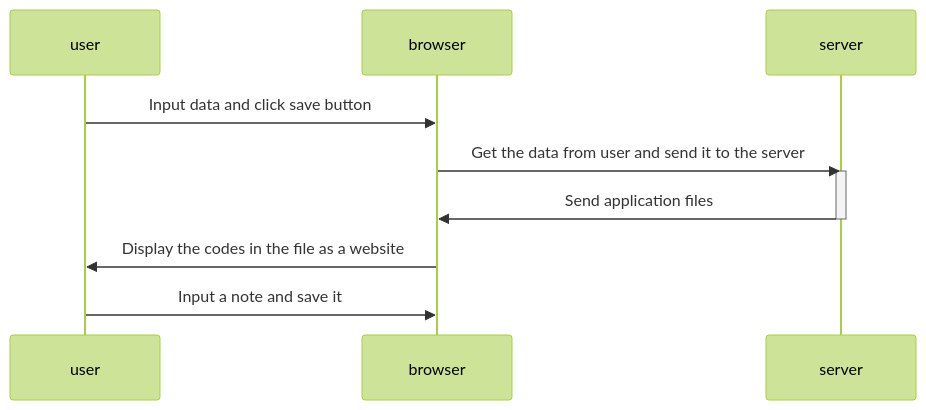
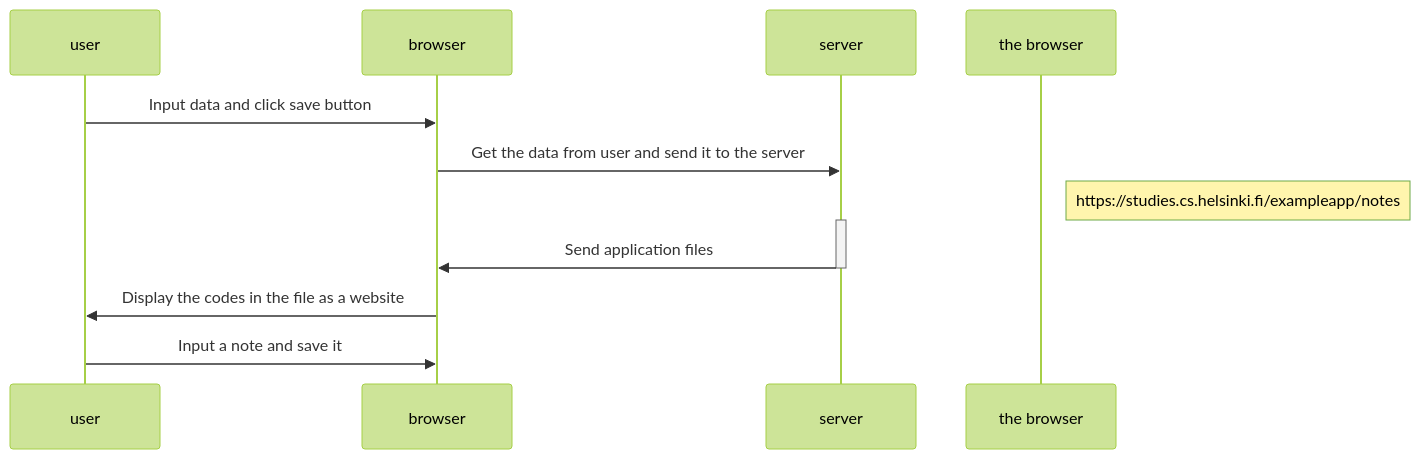
The diagram in part0/0.4.md (NihushaganS/Full-Stack-Open), drawn with Mermaid (forest theme) before and after one commit.

````diff
--- a/part0/0.4.md
+++ b/part0/0.4.md
@@ -1,22 +1,23 @@
 ```mermaid
 
 sequenceDiagram
   participant user
   participant browser
   participant server
 
   user->>browser: Input data and click save button
 
   browser->>server: Get the data from user and send it to the server
+  note right of the browser: https://studies.cs.helsinki.fi/exampleapp/notes
 
   activate server
   server->>browser: Send application files
   deactivate server
 
   browser->>user: Display the codes in the file as a website
 
   user->>browser: Input a note and save it
 
 
 
 ```
````
